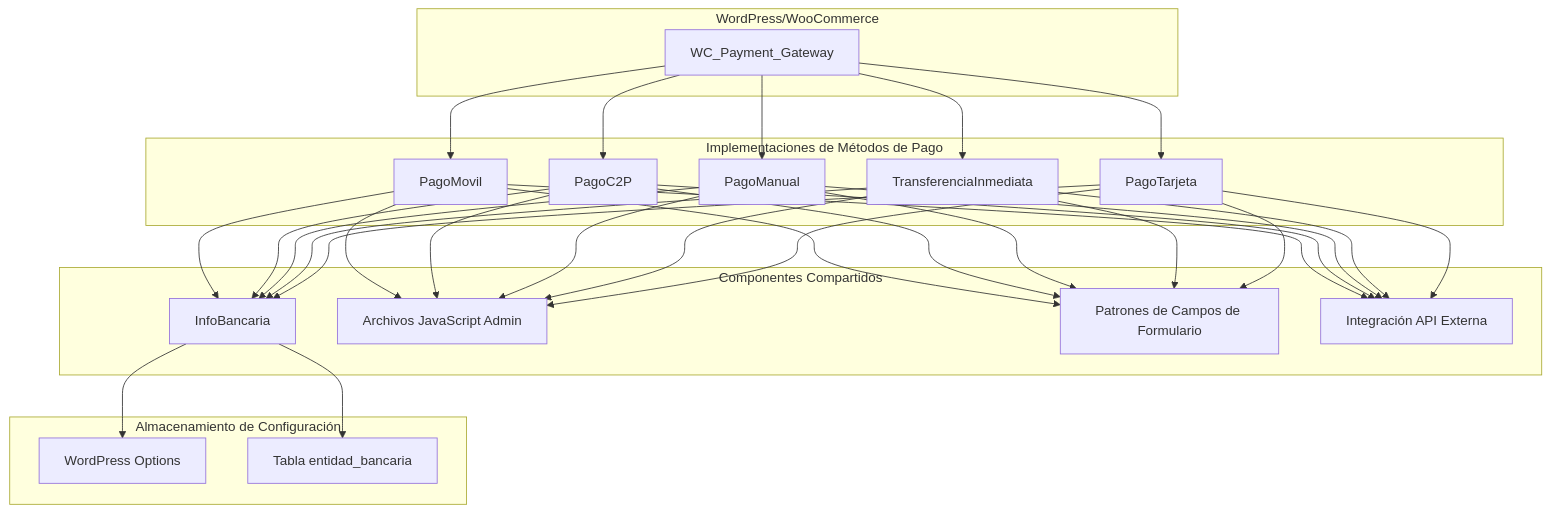
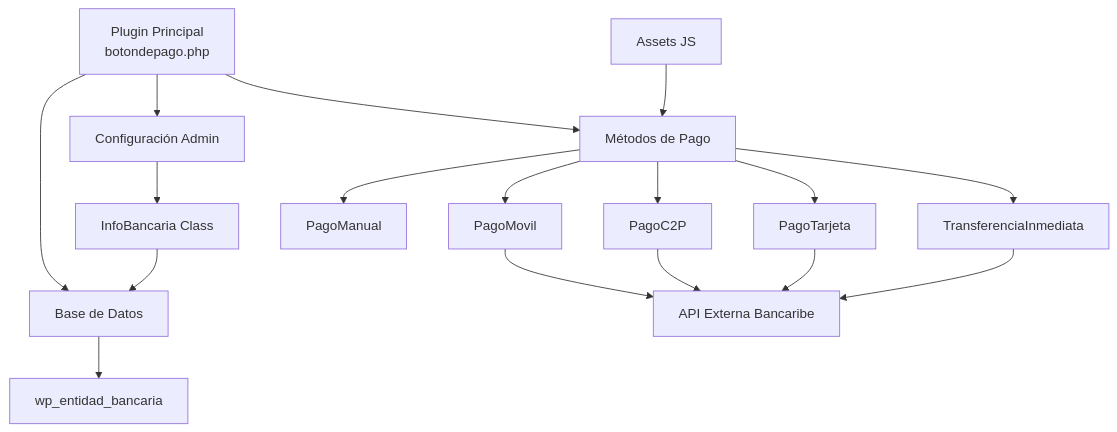
Before and after one commit to TCSCA/plugin_boton_pago: the first of 7 diagrams in README.md, drawn with Mermaid. The commit also changed other lines of this file, not shown here.

````diff
--- a/README.md
+++ b/README.md
@@ -7,59 +13,24 @@
 ```mermaid
 graph TB
-    subgraph "WordPress/WooCommerce"
-        WCG["WC_Payment_Gateway"]
-    end
+    A["Plugin Principal<br/>botondepago.php"] --> B["Configuración Admin"]
+    A --> C["Base de Datos"]
+    A --> D["Métodos de Pago"]
     
-    subgraph "Implementaciones de Métodos de Pago"
-        PM["PagoMovil"]
-        PC2P["PagoC2P"] 
-        PMAN["PagoManual"]
-        PTR["TransferenciaInmediata"]
-        PTAR["PagoTarjeta"]
-    end
+    D --> E["PagoMovil"]
+    D --> F["PagoC2P"] 
+    D --> G["PagoManual"]
+    D --> H["PagoTarjeta"]
+    D --> I["TransferenciaInmediata"]
     
-    subgraph "Componentes Compartidos"
-        IB["InfoBancaria"]
-        ADMIN_JS["Archivos JavaScript Admin"]
-        FORM_FIELDS["Patrones de Campos de Formulario"]
-        API_CLIENT["Integración API Externa"]
-    end
+    E --> J["API Externa Bancaribe"]
+    F --> J
+    H --> J
+    I --> J
     
-    subgraph "Almacenamiento de Configuración"
-        WP_OPTIONS["WordPress Options"]
-        CUSTOM_DB["Tabla entidad_bancaria"]
-    end
+    B --> K["InfoBancaria Class"]
+    K --> C
     
-    WCG --> PM
-    WCG --> PC2P
-    WCG --> PMAN
-    WCG --> PTR
-    WCG --> PTAR
+    L["Assets JS"] --> D
     
-    PM --> IB
-    PC2P --> IB
-    PMAN --> IB
-    PTR --> IB
-    PTAR --> IB
-    
-    PM --> ADMIN_JS
-    PC2P --> ADMIN_JS
-    PMAN --> ADMIN_JS
-    PTR --> ADMIN_JS
-    PTAR --> ADMIN_JS
-    
-    PM --> FORM_FIELDS
-    PC2P --> FORM_FIELDS
-    PMAN --> FORM_FIELDS
-    PTR --> FORM_FIELDS
-    PTAR --> FORM_FIELDS
-    
-    PM --> API_CLIENT
-    PC2P --> API_CLIENT
-    PMAN --> API_CLIENT
-    PTR --> API_CLIENT
-    PTAR --> API_CLIENT
-    
-    IB --> WP_OPTIONS
-    IB --> CUSTOM_DB
+    C --> M["wp_entidad_bancaria"]
 ```
````
